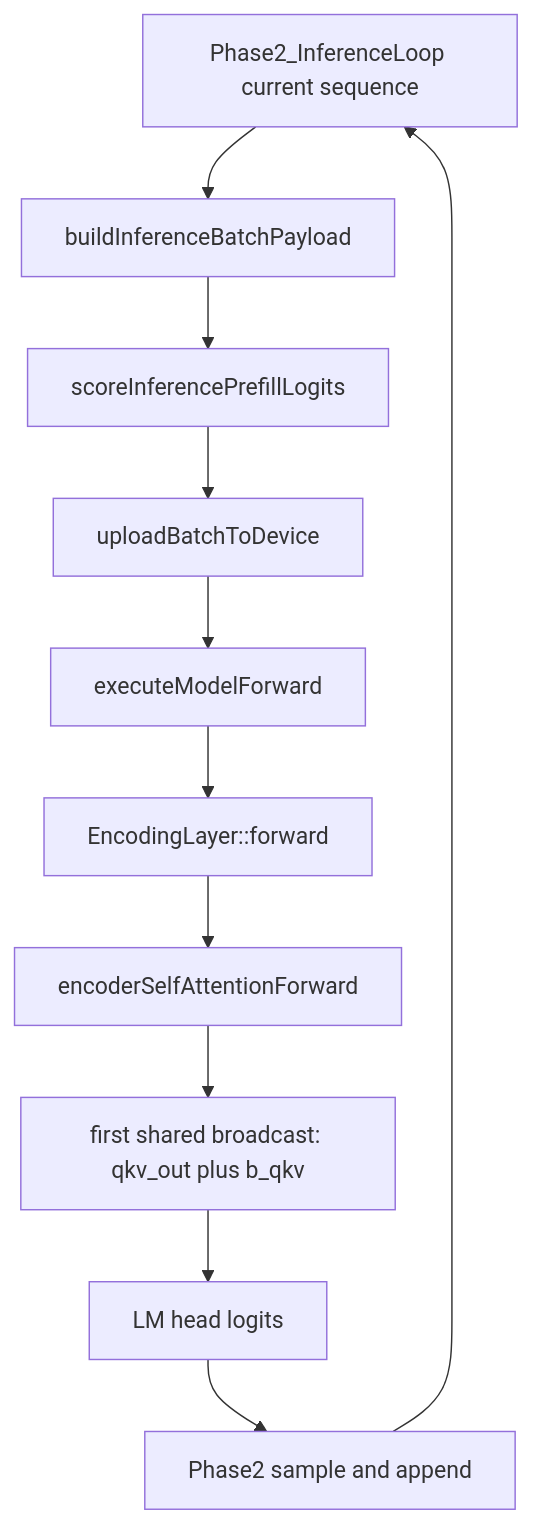
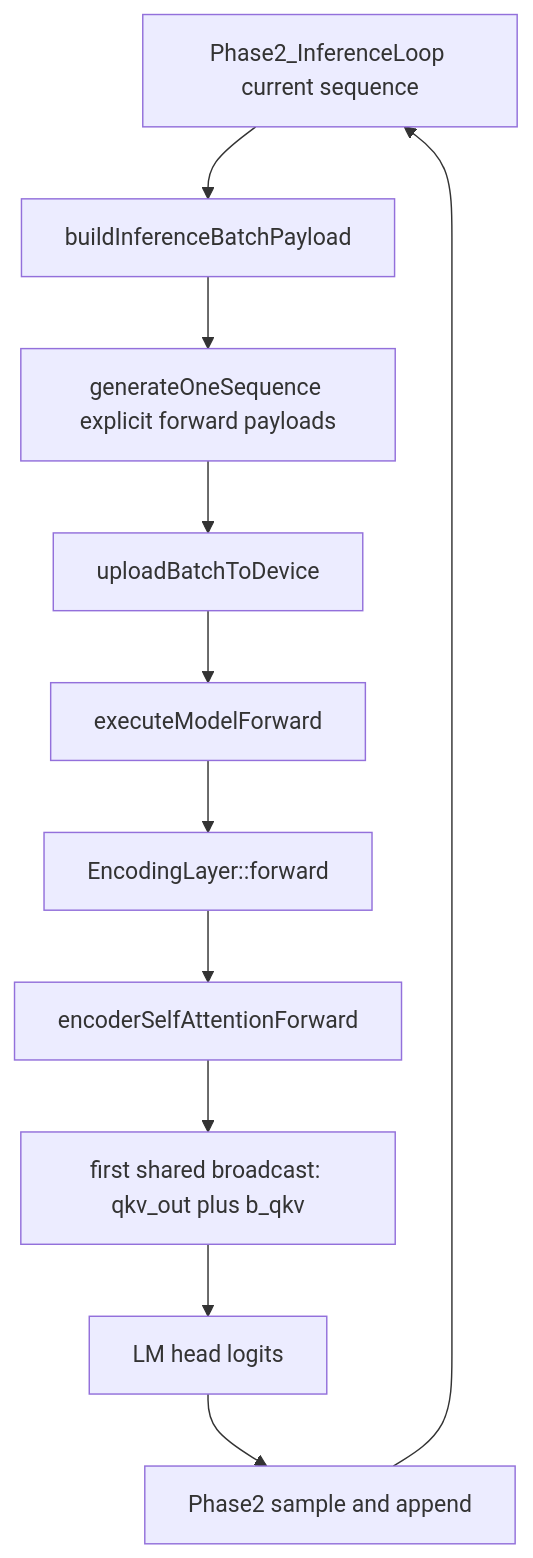
Before and after one commit to Reaper3825/G.R.I.M: the second of 2 diagrams in resources/models/GRIM-text/GRIM/Docs/ForwardChronology.md, drawn with Mermaid. The commit also changed other lines of this file and 48 other files, not shown here.

````diff
--- a/resources/models/GRIM-text/GRIM/Docs/ForwardChronology.md
+++ b/resources/models/GRIM-text/GRIM/Docs/ForwardChronology.md
@@ -129,13 +129,13 @@
 ```mermaid
 flowchart TD
    A[Phase2_InferenceLoop current sequence] --> B[buildInferenceBatchPayload]
-   B --> C[scoreInferencePrefillLogits]
+   B --> C[generateOneSequence explicit forward payloads]
    C --> D[uploadBatchToDevice]
    D --> E[executeModelForward]
    E --> F[EncodingLayer::forward]
    F --> G[encoderSelfAttentionForward]
    G --> H[first shared broadcast: qkv_out plus b_qkv]
    H --> I[LM head logits]
    I --> J[Phase2 sample and append]
    J --> A
 ```
````
